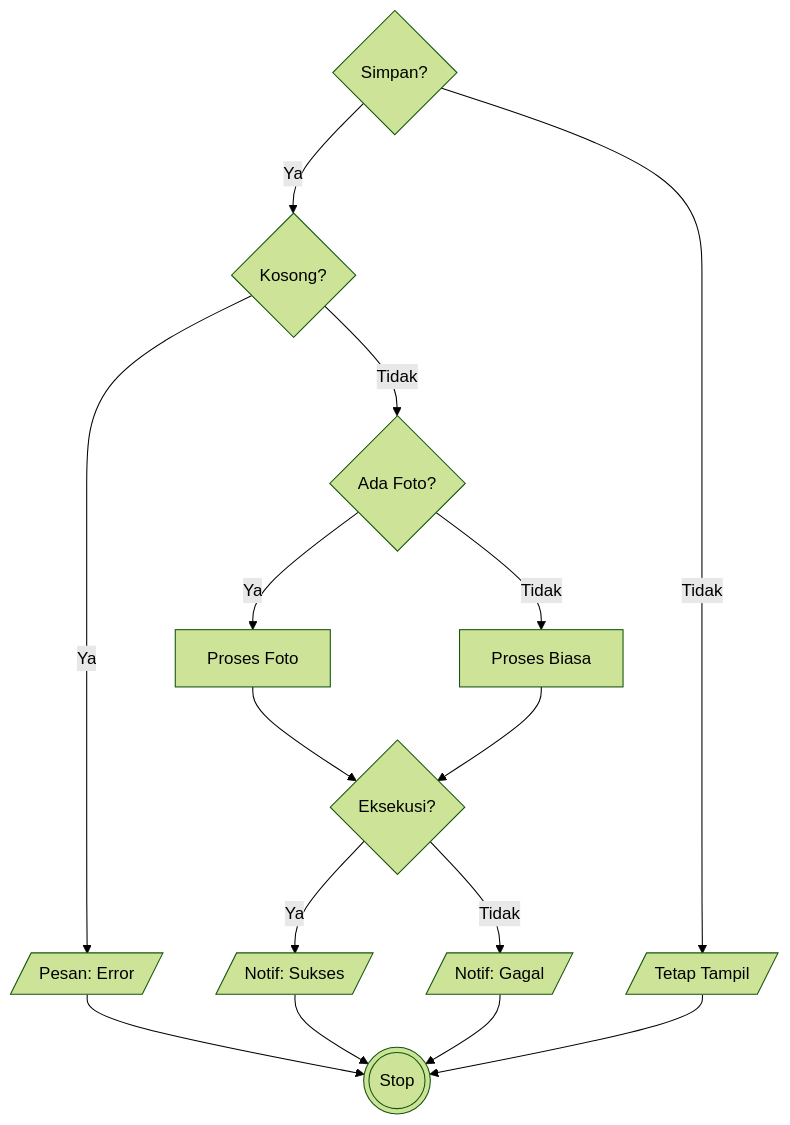
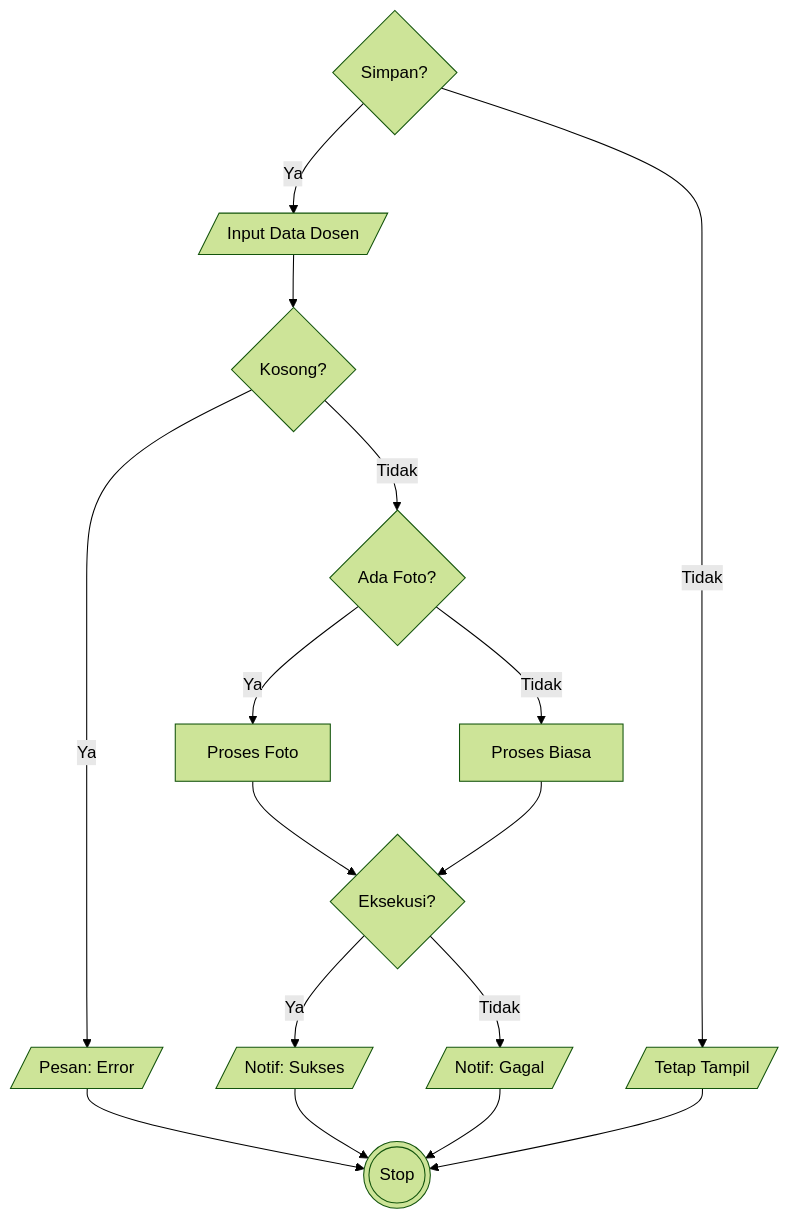
One commit to arbain-dev/Web_fikom changed the fifth of 6 diagrams in docs/07_PENGUJIAN_WHITE_BOX.md. Above: the diagram before and after it, drawn with Mermaid (forest theme). The commit also changed other lines of this file, not shown here.

Commit message:
docs: menambahkan node input pada flowchart pengujian white box

````diff
--- a/docs/07_PENGUJIAN_WHITE_BOX.md
+++ b/docs/07_PENGUJIAN_WHITE_BOX.md
@@ -251,22 +258,23 @@
 ```mermaid
 flowchart TD
-    1{Simpan?} -->|Ya| 2{Kosong?}
-    1 -->|Tidak| 10[/Tetap Tampil/]
+    1{Simpan?} -->|Ya| 2[/Input Data Dosen/]
+    1 -->|Tidak| 11[/Tetap Tampil/]
     
-    2 -->|Ya| 3[/Pesan: Error/]
-    2 -->|Tidak| 4{Ada Foto?}
+    2 --> 3{Kosong?}
+    3 -->|Ya| 4[/Pesan: Error/]
+    3 -->|Tidak| 5{Ada Foto?}
     
-    4 -->|Ya| 5[Proses Foto]
-    4 -->|Tidak| 6[Proses Biasa]
+    5 -->|Ya| 6[Proses Foto]
+    5 -->|Tidak| 7[Proses Biasa]
     
-    5 --> 7{Eksekusi?}
-    6 --> 7
+    6 --> 8{Eksekusi?}
+    7 --> 8
     
-    7 -->|Ya| 8[/Notif: Sukses/]
-    7 -->|Tidak| 9[/Notif: Gagal/]
+    8 -->|Ya| 9[/Notif: Sukses/]
+    8 -->|Tidak| 10[/Notif: Gagal/]
     
-    3 --> 11(((Stop)))
-    8 --> 11
-    9 --> 11
-    10 --> 11
+    4 --> 12(((Stop)))
+    9 --> 12
+    10 --> 12
+    11 --> 12
 ```
````
